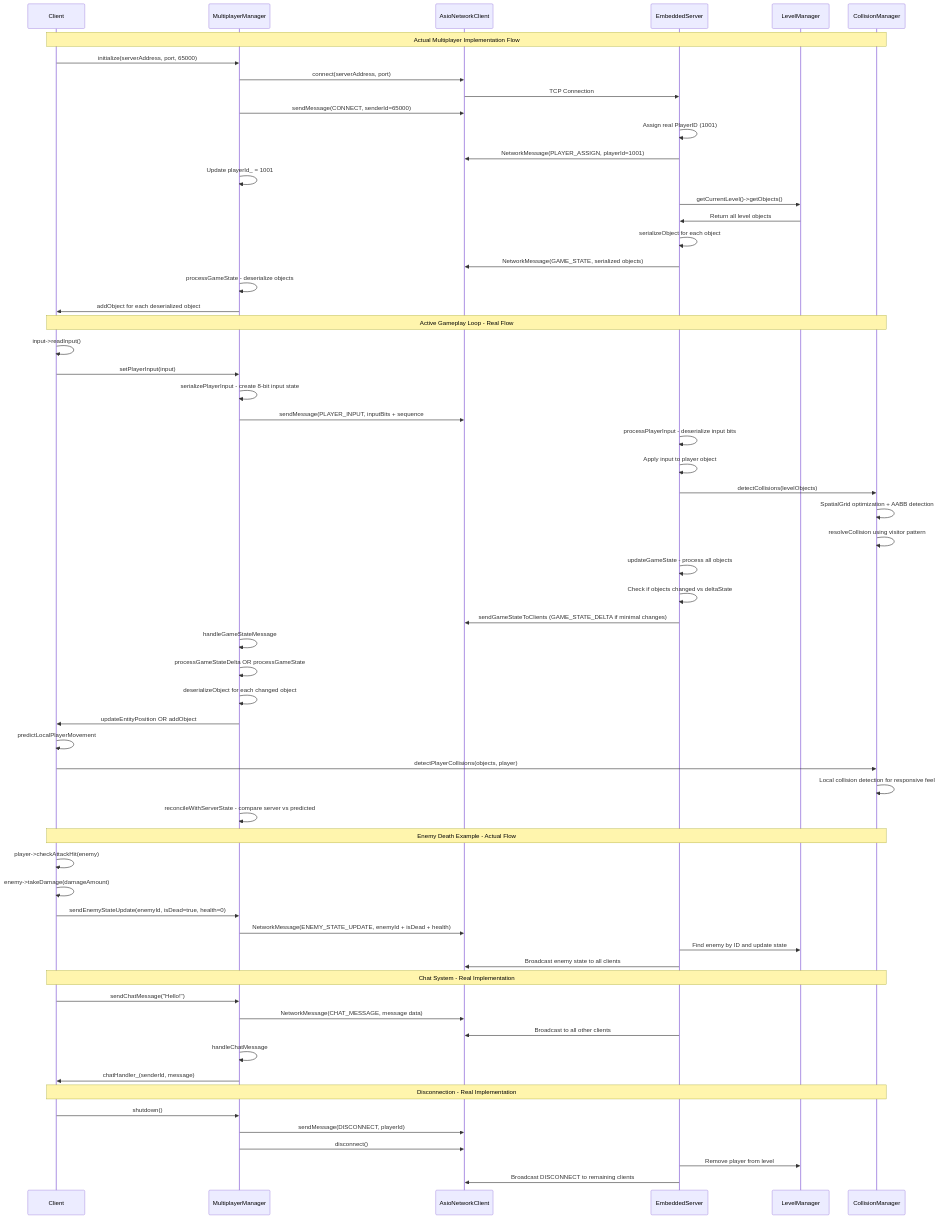
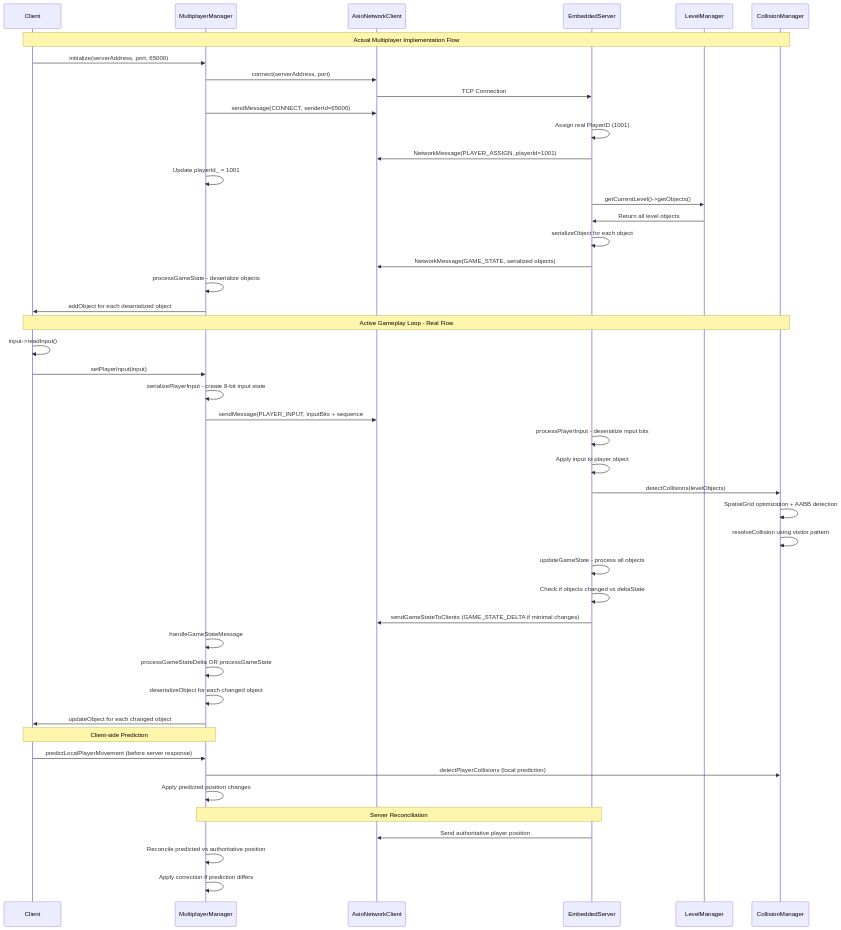
The diagram in docs/multiplayer_communication.mmd (dinordi/SagaOfSacrifice2), drawn with Mermaid before and after one commit. The commit also changed 4 other files, not shown here.

Commit message:
Add architecture and system overview documentation with detailed diagrams

```diff
--- a/docs/multiplayer_communication.mmd
+++ b/docs/multiplayer_communication.mmd
@@ -1,86 +1,63 @@
 sequenceDiagram
     participant C as Client
     participant MM as MultiplayerManager
     participant AN as AsioNetworkClient
     participant ES as EmbeddedServer
     participant LM as LevelManager
     participant CM as CollisionManager
 
     Note over C,CM: Actual Multiplayer Implementation Flow
 
     %% Connection Phase - Real Implementation
     C->>MM: initialize(serverAddress, port, 65000)
     MM->>AN: connect(serverAddress, port)
     AN->>ES: TCP Connection
     MM->>AN: sendMessage(CONNECT, senderId=65000)
     ES->>ES: Assign real PlayerID (1001)
     ES->>AN: NetworkMessage(PLAYER_ASSIGN, playerId=1001)
     MM->>MM: Update playerId_ = 1001
 
     %% Game State Initialization  
     ES->>LM: getCurrentLevel()->getObjects()
     LM->>ES: Return all level objects
     ES->>ES: serializeObject for each object
     ES->>AN: NetworkMessage(GAME_STATE, serialized objects)
     MM->>MM: processGameState - deserialize objects
     MM->>C: addObject for each deserialized object
 
     Note over C,CM: Active Gameplay Loop - Real Flow
 
     %% Input Processing - Actual Implementation
     C->>C: input->readInput()
     C->>MM: setPlayerInput(input)
     MM->>MM: serializePlayerInput - create 8-bit input state
     MM->>AN: sendMessage(PLAYER_INPUT, inputBits + sequence#)
     
     %% Server Processing - Real Implementation
     ES->>ES: processPlayerInput - deserialize input bits
     ES->>ES: Apply input to player object
     ES->>CM: detectCollisions(levelObjects)
     CM->>CM: SpatialGrid optimization + AABB detection
     CM->>CM: resolveCollision using visitor pattern
     
     %% Game State Updates - Actual Implementation
     ES->>ES: updateGameState - process all objects
     ES->>ES: Check if objects changed vs deltaState
     ES->>AN: sendGameStateToClients (GAME_STATE_DELTA if minimal changes)
     
     %% Client State Processing
     MM->>MM: handleGameStateMessage
     MM->>MM: processGameStateDelta OR processGameState
     MM->>MM: deserializeObject for each changed object
-    MM->>C: updateEntityPosition OR addObject
+    MM->>C: updateObject for each changed object
 
-    %% Client Prediction - Real Implementation  
-    C->>C: predictLocalPlayerMovement
-    C->>CM: detectPlayerCollisions(objects, player)
-    CM->>CM: Local collision detection for responsive feel
-    MM->>MM: reconcileWithServerState - compare server vs predicted
-
-    Note over C,CM: Enemy Death Example - Actual Flow
-
-    %% Enemy Interaction - Real Implementation
-    C->>C: player->checkAttackHit(enemy)
-    C->>C: enemy->takeDamage(damageAmount)
-    C->>MM: sendEnemyStateUpdate(enemyId, isDead=true, health=0)
-    MM->>AN: NetworkMessage(ENEMY_STATE_UPDATE, enemyId + isDead + health)
-    ES->>LM: Find enemy by ID and update state
-    ES->>AN: Broadcast enemy state to all clients
-
-    Note over C,CM: Chat System - Real Implementation
-
-    %% Chat - Actual Implementation
-    C->>MM: sendChatMessage("Hello!")
-    MM->>AN: NetworkMessage(CHAT_MESSAGE, message data)
-    ES->>AN: Broadcast to all other clients
-    MM->>MM: handleChatMessage
-    MM->>C: chatHandler_(senderId, message)
-
-    Note over C,CM: Disconnection - Real Implementation
-
-    %% Disconnection - Actual Implementation
-    C->>MM: shutdown()
-    MM->>AN: sendMessage(DISCONNECT, playerId)
-    MM->>AN: disconnect()
-    ES->>LM: Remove player from level
-    ES->>AN: Broadcast DISCONNECT to remaining clients
+    %% Client Prediction and Reconciliation - Real Implementation
+    Note over C,MM: Client-side Prediction
+    C->>MM: predictLocalPlayerMovement (before server response)
+    MM->>CM: detectPlayerCollisions (local prediction)
+    MM->>MM: Apply predicted position changes
+    
+    Note over MM,ES: Server Reconciliation
+    ES->>AN: Send authoritative player position
+    MM->>MM: Reconcile predicted vs authoritative position
+    MM->>MM: Apply correction if prediction differs
```
